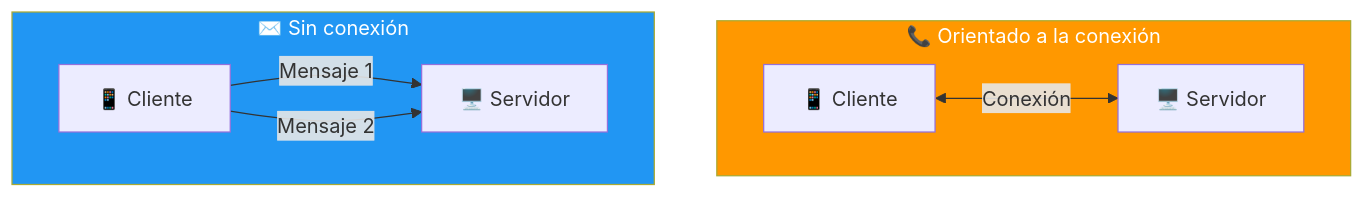
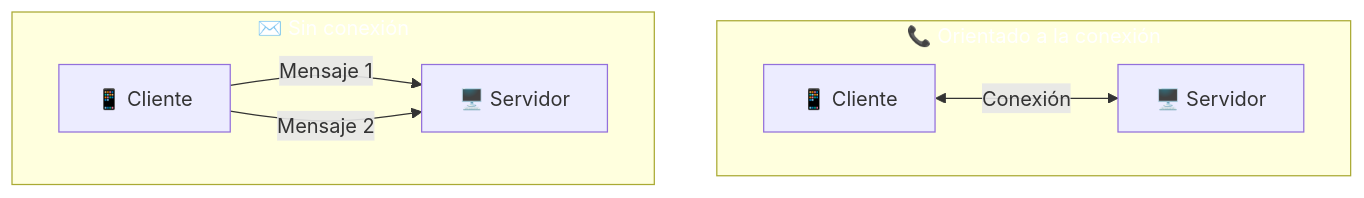
One commit to joseluisgs/DesarrolloWebEntornosServidor-02-2026-2027 changed the second of 7 diagrams in 01-conceptos-servicios.md. Above: the diagram before and after it, drawn with Mermaid. The commit also changed other lines of this file and 41 other files, not shown here.

````diff
--- a/01-conceptos-servicios.md
+++ b/01-conceptos-servicios.md
@@ -77,12 +77,12 @@
 ```mermaid
 flowchart TD
     subgraph CONEXION["📞 Orientado a la conexión"]
         A1["📱 Cliente"] <-->|Conexión| B1["🖥️ Servidor"]
     end
     subgraph SINCONEXION["✉️ Sin conexión"]
         A2["📱 Cliente"] -->|Mensaje 1| B2["🖥️ Servidor"]
         A2 -->|Mensaje 2| B2
     end
-    style CONEXION fill:#FF9800,color:#fff
-    style SINCONEXION fill:#2196F3,color:#fff
+    style CONEXION fill:#FF980,color:#fff0,color:#fff
+    style SINCONEXION fill:#2196F,color:#fff3,color:#fff
 ```
````
